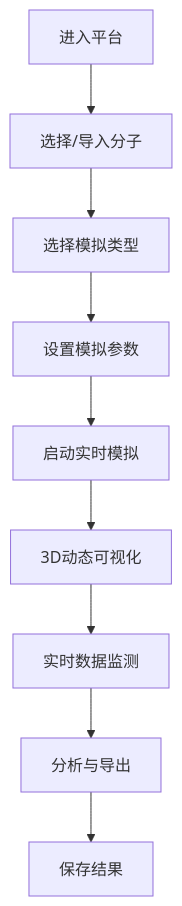
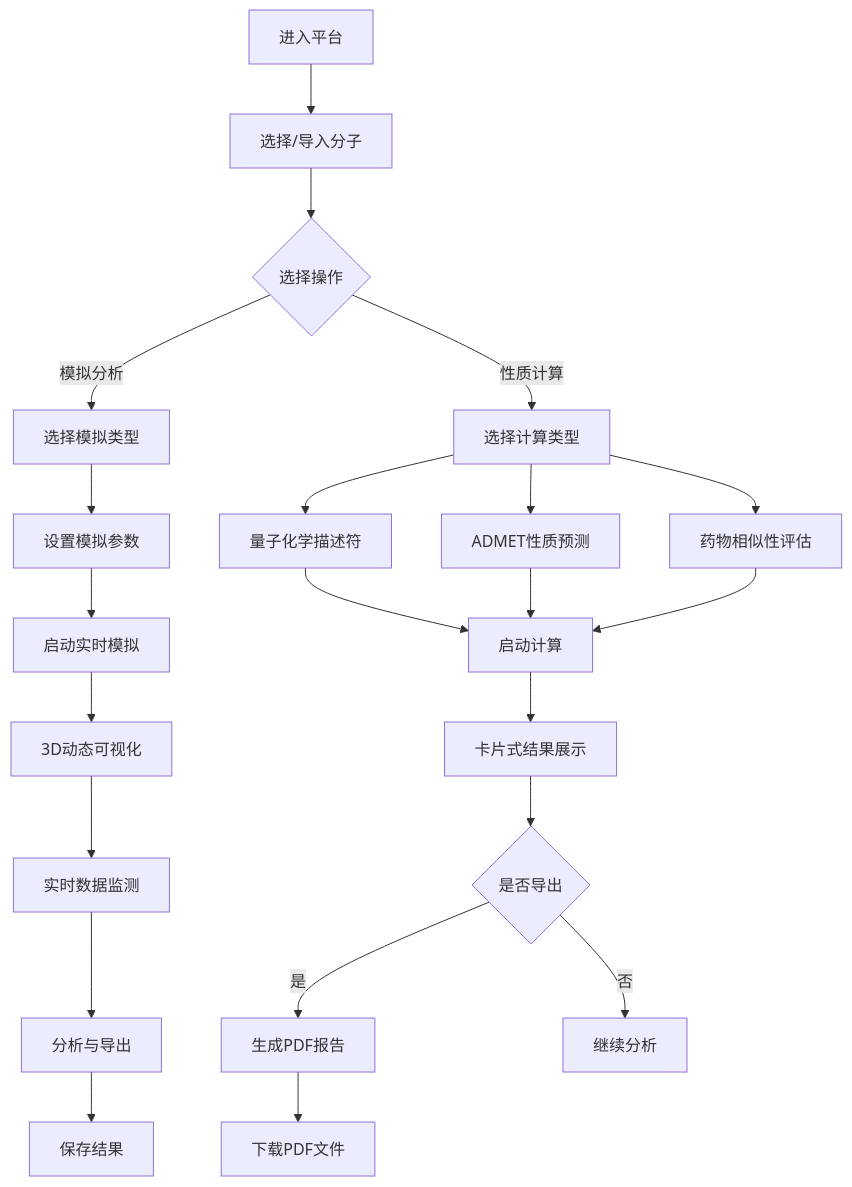
The diagram in .trae/documents/PRD.md (Xiang1218-Yu/xyj-117), drawn with Mermaid before and after one commit. The commit also changed other lines of this file and 12 other files, not shown here.

````diff
--- a/.trae/documents/PRD.md
+++ b/.trae/documents/PRD.md
@@ -41,11 +45,24 @@
 ```mermaid
 flowchart TD
     A["进入平台"] --> B["选择/导入分子"]
-    B --> C["选择模拟类型"]
-    C --> D["设置模拟参数"]
-    D --> E["启动实时模拟"]
-    E --> F["3D动态可视化"]
-    F --> G["实时数据监测"]
-    G --> H["分析与导出"]
-    H --> I["保存结果"]
+    B --> C{"选择操作"}
+    C -->|"模拟分析"| D["选择模拟类型"]
+    D --> E["设置模拟参数"]
+    E --> F["启动实时模拟"]
+    F --> G["3D动态可视化"]
+    G --> H["实时数据监测"]
+    H --> I["分析与导出"]
+    C -->|"性质计算"| J["选择计算类型"]
+    J --> K["量子化学描述符"]
+    J --> L["ADMET性质预测"]
+    J --> M["药物相似性评估"]
+    K --> N["启动计算"]
+    L --> N
+    M --> N
+    N --> O["卡片式结果展示"]
+    O --> P{"是否导出"}
+    P -->|"是"| Q["生成PDF报告"]
+    P -->|"否"| R["继续分析"]
+    Q --> S["下载PDF文件"]
+    I --> T["保存结果"]
 ```
````
